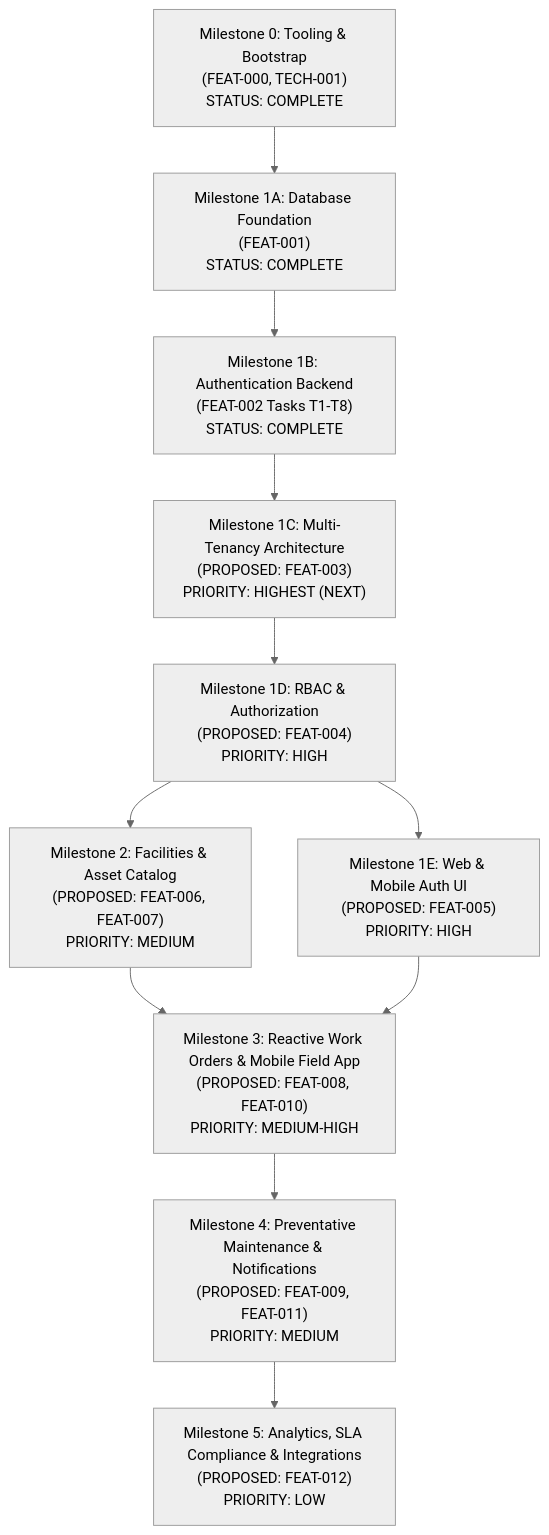
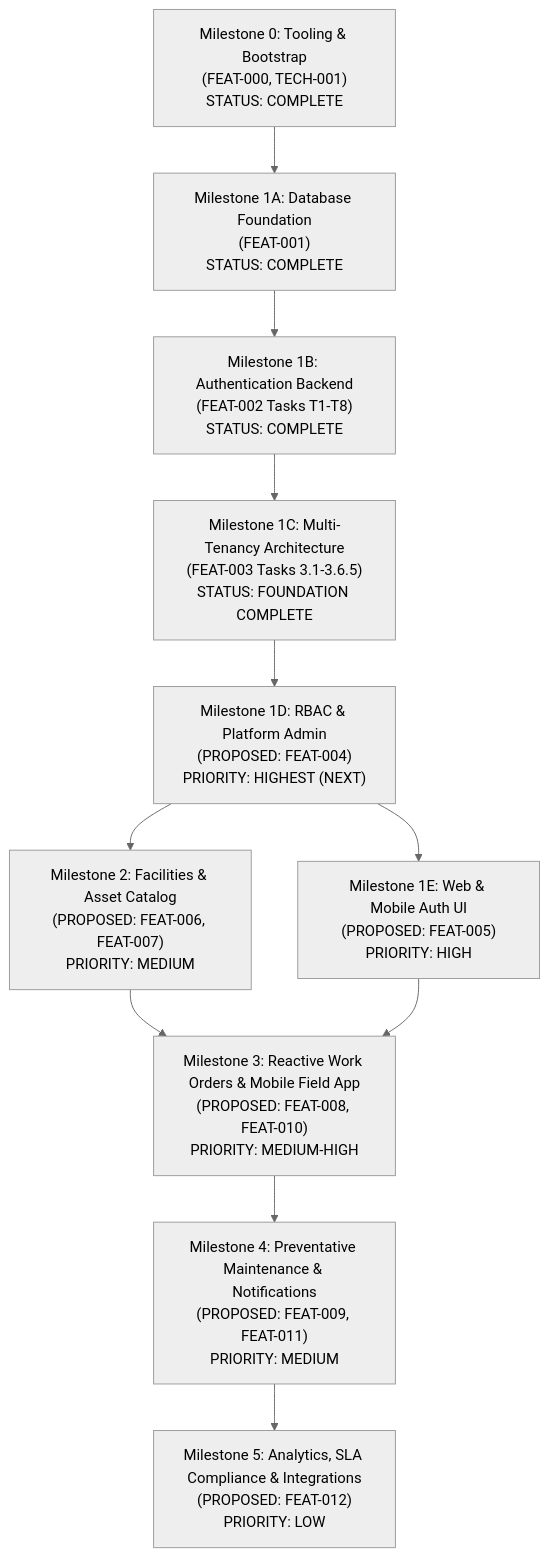
One commit to Sathurjanv23/-MaintenX changed the diagram in docs/project/MASTER-FEATURE-ROADMAP.md. Above: the diagram before and after it, drawn with Mermaid (neutral theme). The commit also changed other lines of this file and 4 other files, not shown here.

Commit message:
docs(tenancy): finalize multi-tenancy architecture and ADR-0004

````diff
--- a/docs/project/MASTER-FEATURE-ROADMAP.md
+++ b/docs/project/MASTER-FEATURE-ROADMAP.md
@@ -73,20 +73,20 @@
 ```mermaid
 flowchart TD
     M0["Milestone 0: Tooling & Bootstrap<br/>(FEAT-000, TECH-001)<br/>STATUS: COMPLETE"]
     M1A["Milestone 1A: Database Foundation<br/>(FEAT-001)<br/>STATUS: COMPLETE"]
     M1B["Milestone 1B: Authentication Backend<br/>(FEAT-002 Tasks T1-T8)<br/>STATUS: COMPLETE"]
 
-    M1C["Milestone 1C: Multi-Tenancy Architecture<br/>(PROPOSED: FEAT-003)<br/>PRIORITY: HIGHEST (NEXT)"]
-    M1D["Milestone 1D: RBAC & Authorization<br/>(PROPOSED: FEAT-004)<br/>PRIORITY: HIGH"]
+    M1C["Milestone 1C: Multi-Tenancy Architecture<br/>(FEAT-003 Tasks 3.1-3.6.5)<br/>STATUS: FOUNDATION COMPLETE"]
+    M1D["Milestone 1D: RBAC & Platform Admin<br/>(PROPOSED: FEAT-004)<br/>PRIORITY: HIGHEST (NEXT)"]
     M1E["Milestone 1E: Web & Mobile Auth UI<br/>(PROPOSED: FEAT-005)<br/>PRIORITY: HIGH"]
 
     M2["Milestone 2: Facilities & Asset Catalog<br/>(PROPOSED: FEAT-006, FEAT-007)<br/>PRIORITY: MEDIUM"]
     M3["Milestone 3: Reactive Work Orders & Mobile Field App<br/>(PROPOSED: FEAT-008, FEAT-010)<br/>PRIORITY: MEDIUM-HIGH"]
     M4["Milestone 4: Preventative Maintenance & Notifications<br/>(PROPOSED: FEAT-009, FEAT-011)<br/>PRIORITY: MEDIUM"]
     M5["Milestone 5: Analytics, SLA Compliance & Integrations<br/>(PROPOSED: FEAT-012)<br/>PRIORITY: LOW"]
 
     M0 --> M1A --> M1B --> M1C
     M1C --> M1D --> M1E
     M1D --> M2 --> M3 --> M4 --> M5
     M1E --> M3
 ```
````
